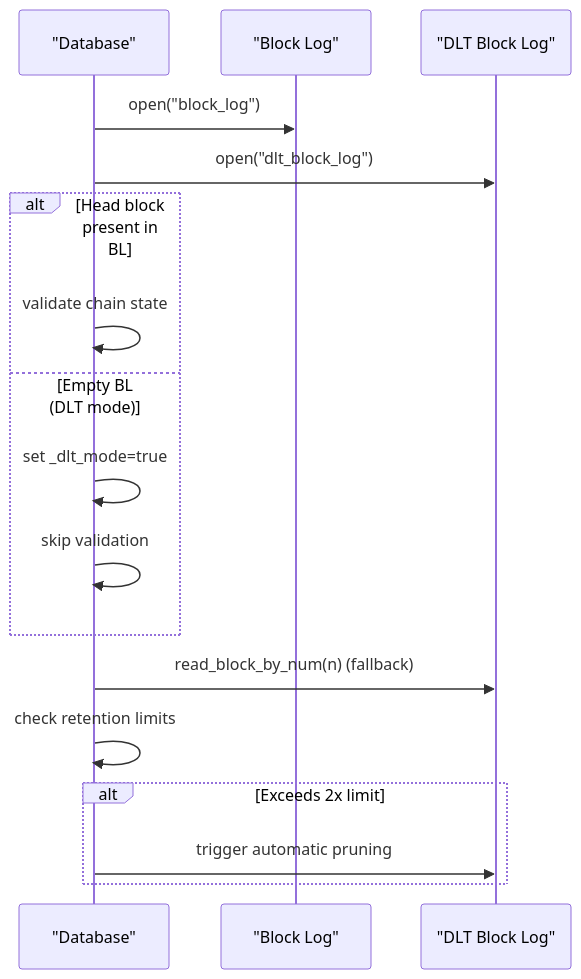
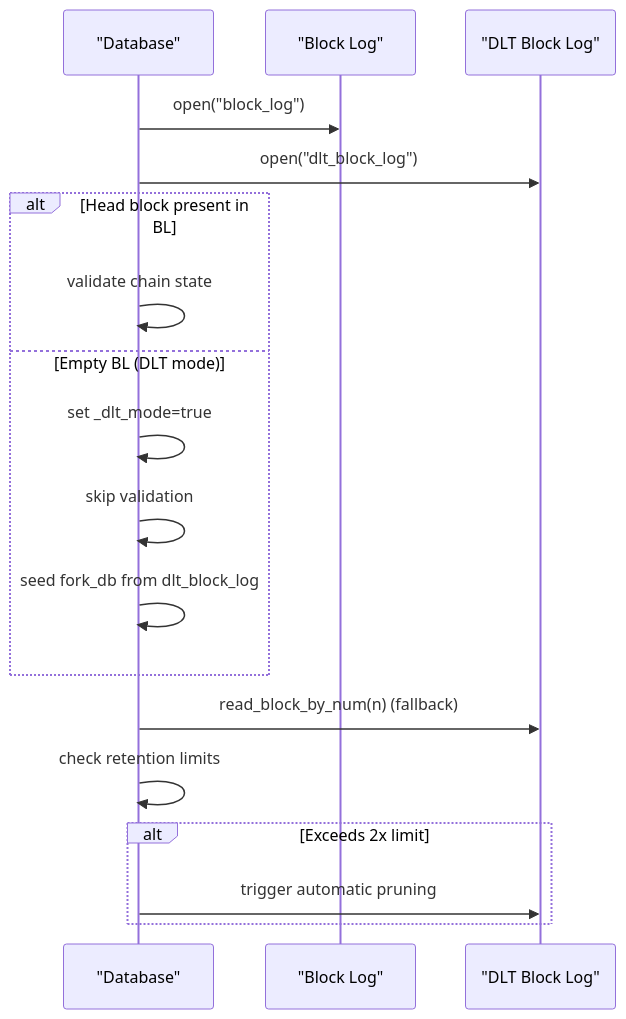
Before and after one commit to VIZ-Blockchain/viz-cpp-node: the seventh of 14 diagrams in .qoder/repowiki/en/content/Architecture Overview/Core Libraries/Chain Library/Database Management/DLT Rolling Block Log.md, drawn with Mermaid. The commit also changed other lines of this file and 4 other files, not shown here.

First line of the commit message:
feat(fork_database): improve fork resolution and enhance DLT integration

````diff
--- a/.qoder/repowiki/en/content/Architecture Overview/Core Libraries/Chain Library/Database Management/DLT Rolling Block Log.md
+++ b/.qoder/repowiki/en/content/Architecture Overview/Core Libraries/Chain Library/Database Management/DLT Rolling Block Log.md
@@ -296,19 +316,20 @@
 ```mermaid
 sequenceDiagram
 participant DB as "Database"
 participant BL as "Block Log"
 participant DLT as "DLT Block Log"
 DB->>BL : open("block_log")
 DB->>DLT : open("dlt_block_log")
 alt Head block present in BL
 DB->>DB : validate chain state
 else Empty BL (DLT mode)
 DB->>DB : set _dlt_mode=true
 DB->>DB : skip validation
+DB->>DB : seed fork_db from dlt_block_log
 end
 DB->>DLT : read_block_by_num(n) (fallback)
 DB->>DB : check retention limits
 alt Exceeds 2x limit
 DB->>DLT : trigger automatic pruning
 end
 ```
````
